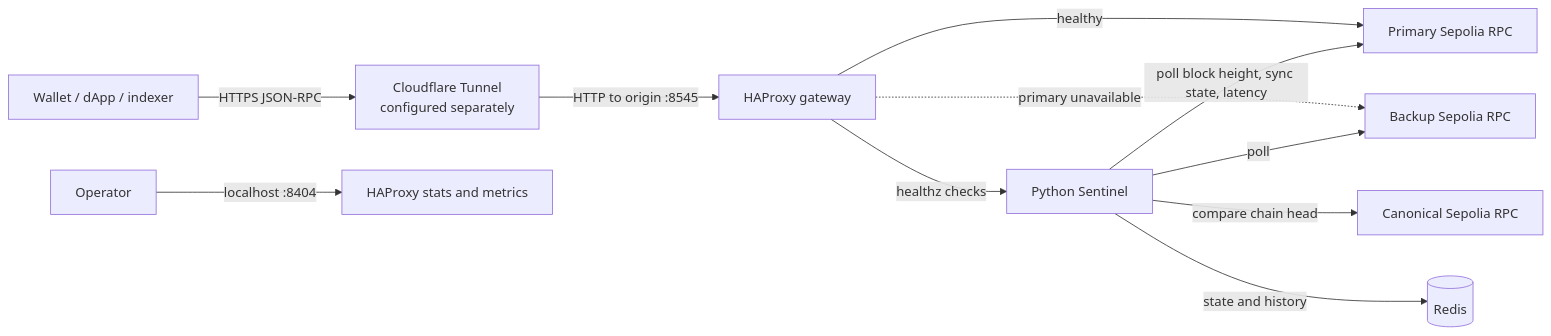
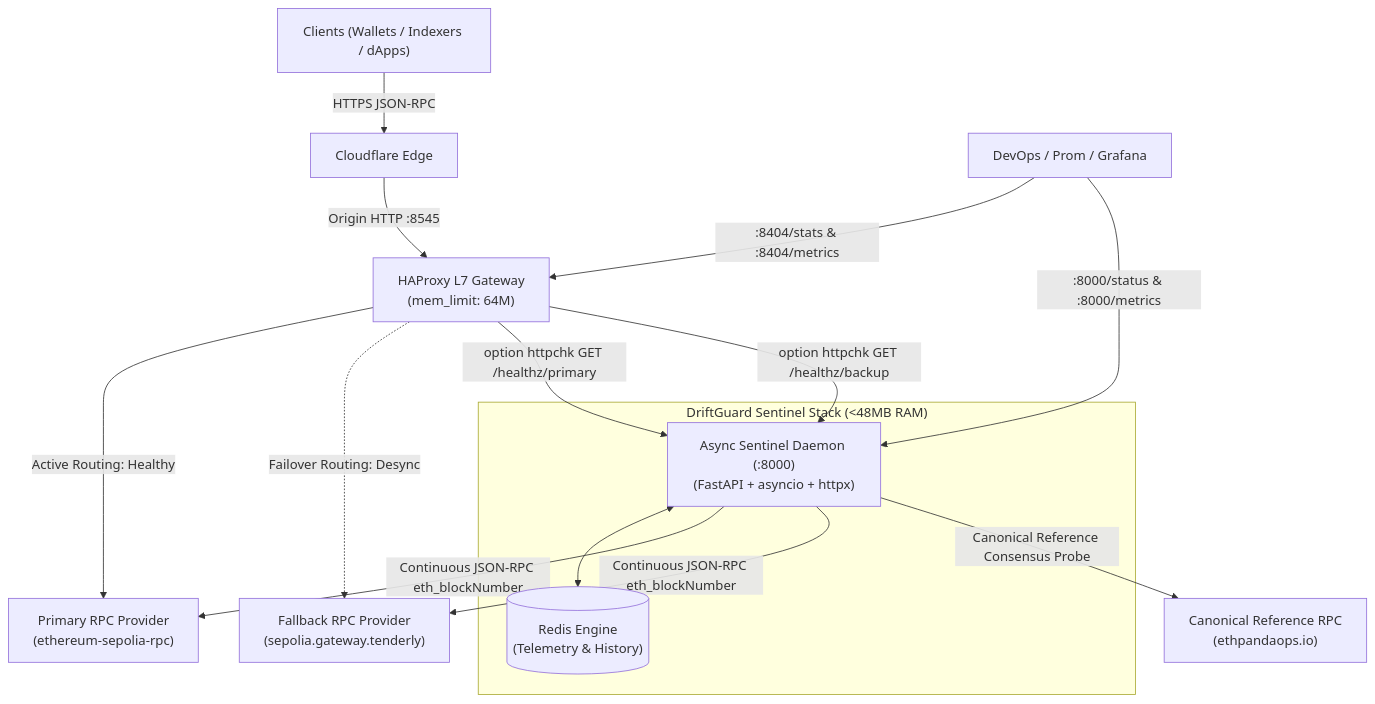
One commit to maskalfreeup-glitch/driftguard changed the diagram in README.md. Above: the diagram before and after it, drawn with Mermaid. The commit also changed other lines of this file and 15 other files, not shown here.

````diff
--- a/README.md
+++ b/README.md
@@ -32,13 +95,24 @@
 ```mermaid
-flowchart LR
-    Client[Wallet / dApp / indexer] -->|HTTPS JSON-RPC| Tunnel[Cloudflare Tunnel\nconfigured separately]
-    Tunnel -->|HTTP to origin :8545| HAProxy[HAProxy gateway]
-    HAProxy -->|healthy| Primary[Primary Sepolia RPC]
-    HAProxy -.->|primary unavailable| Backup[Backup Sepolia RPC]
-    Sentinel[Python Sentinel] -->|poll block height, sync state, latency| Primary
-    Sentinel -->|poll| Backup
-    Sentinel -->|compare chain head| Canonical[Canonical Sepolia RPC]
-    HAProxy -->|healthz checks| Sentinel
-    Sentinel -->|state and history| Redis[(Redis)]
-    Operator[Operator] -->|localhost :8404| HAStats[HAProxy stats and metrics]
+flowchart TD
+    Client["Clients (Wallets / Indexers / dApps)"] -->|HTTPS JSON-RPC| CF["Cloudflare Edge"]
+    CF -->|Origin HTTP :8545| HAP["HAProxy L7 Gateway\n(mem_limit: 64M)"]
+    
+    HAP -->|Active Routing: Healthy| P["Primary RPC Provider\n(ethereum-sepolia-rpc)"]
+    HAP -.->|Failover Routing: Desync| F["Fallback RPC Provider\n(sepolia.gateway.tenderly)"]
+    
+    subgraph Sentinel_Engine ["DriftGuard Sentinel Stack (<48MB RAM)"]
+        S["Async Sentinel Daemon (:8000)\n(FastAPI + asyncio + httpx)"]
+        R[("Redis Engine\n(Telemetry & History)")]
+        S <--> R
+    end
+
+    S -->|Continuous JSON-RPC eth_blockNumber| P
+    S -->|Continuous JSON-RPC eth_blockNumber| F
+    S -->|Canonical Reference Consensus Probe| C["Canonical Reference RPC\n(ethpandaops.io)"]
+    
+    HAP -->|option httpchk GET /healthz/primary| S
+    HAP -->|option httpchk GET /healthz/backup| S
+
+    Operator["DevOps / Prom / Grafana"] -->|:8404/stats & :8404/metrics| HAP
+    Operator -->|:8000/status & :8000/metrics| S
 ```
````
